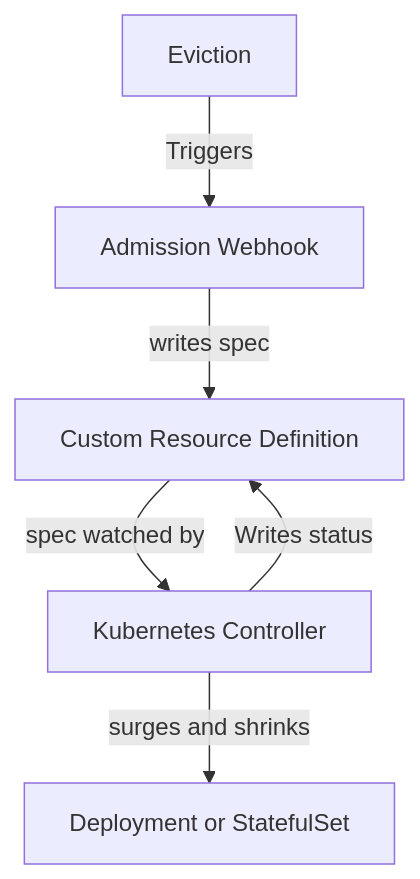
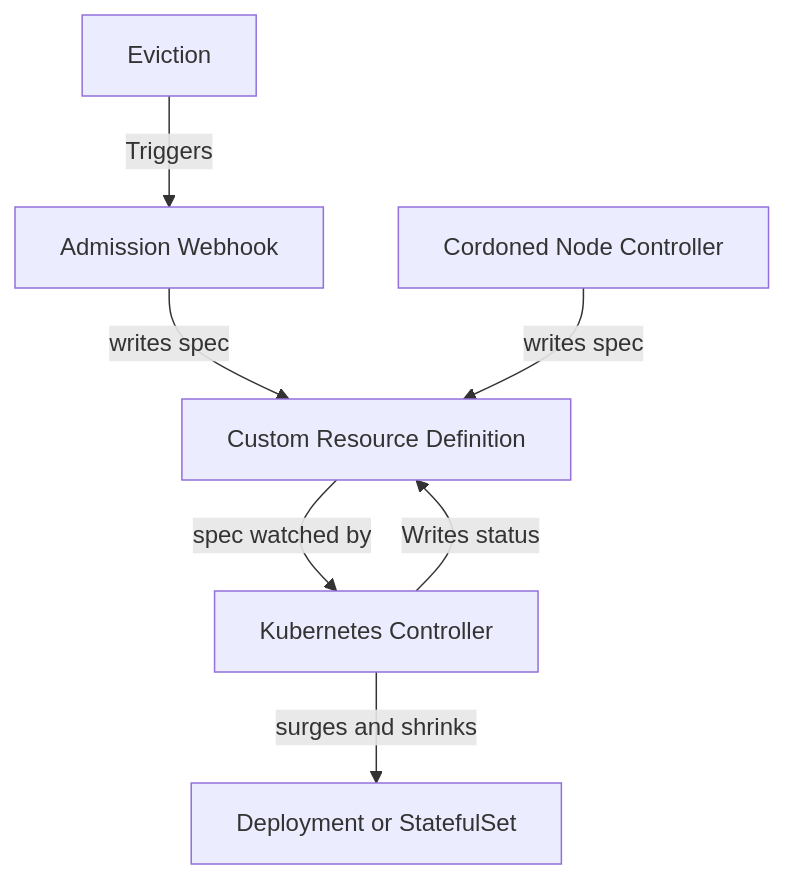
Before and after one commit to Azure/eviction-autoscaler: the diagram in README.md, drawn with Mermaid. The commit also changed other lines of this file and 1 other file, not shown here.

````diff
--- a/README.md
+++ b/README.md
@@ -34,14 +37,16 @@
 ```mermaid
 graph TD;
     Eviction[Eviction]
     Webhook[Admission Webhook]
+    NodeController[Cordoned Node Controller]
     CRD[Custom Resource Definition]
     Controller[Kubernetes Controller]
     Deployment[Deployment or StatefulSet]
 
     Eviction -->|Triggers| Webhook
     Webhook -->|writes spec| CRD 
+    NodeController -->|writes spec| CRD
     CRD -->|spec watched by| Controller
     Controller -->|surges and shrinks| Deployment
     Controller -->|Writes status| CRD
 ```
````
